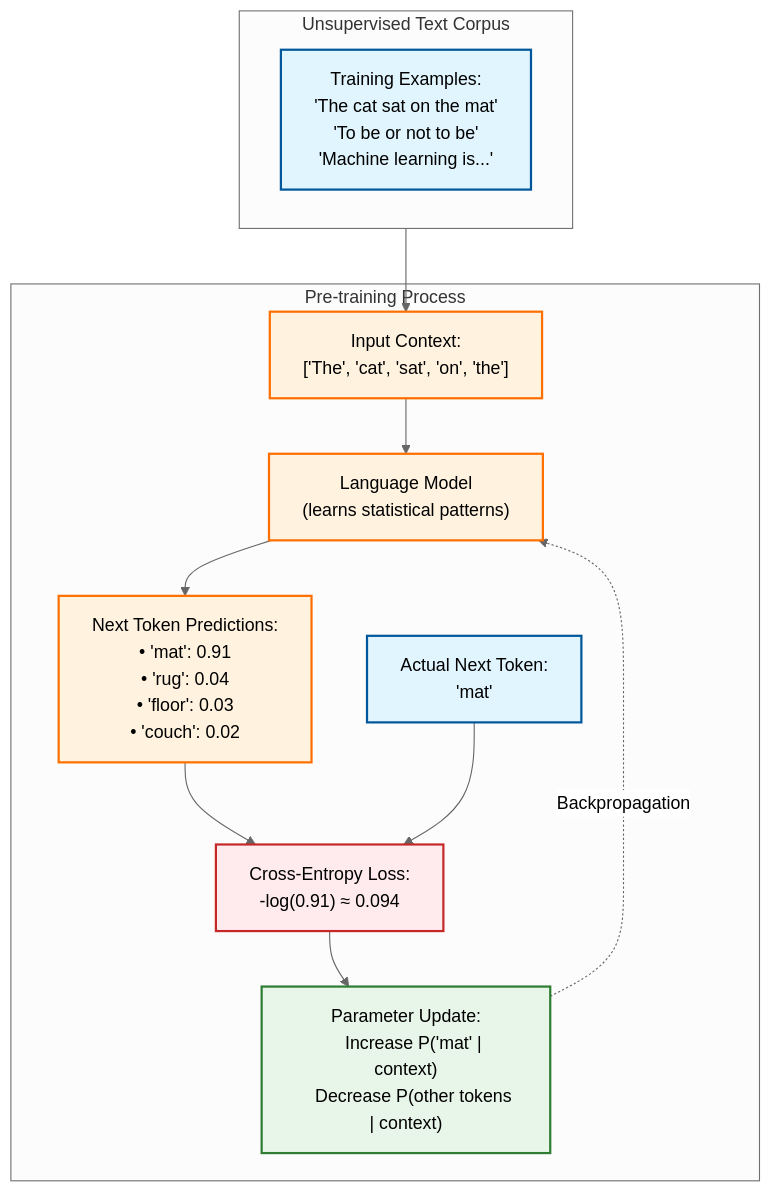
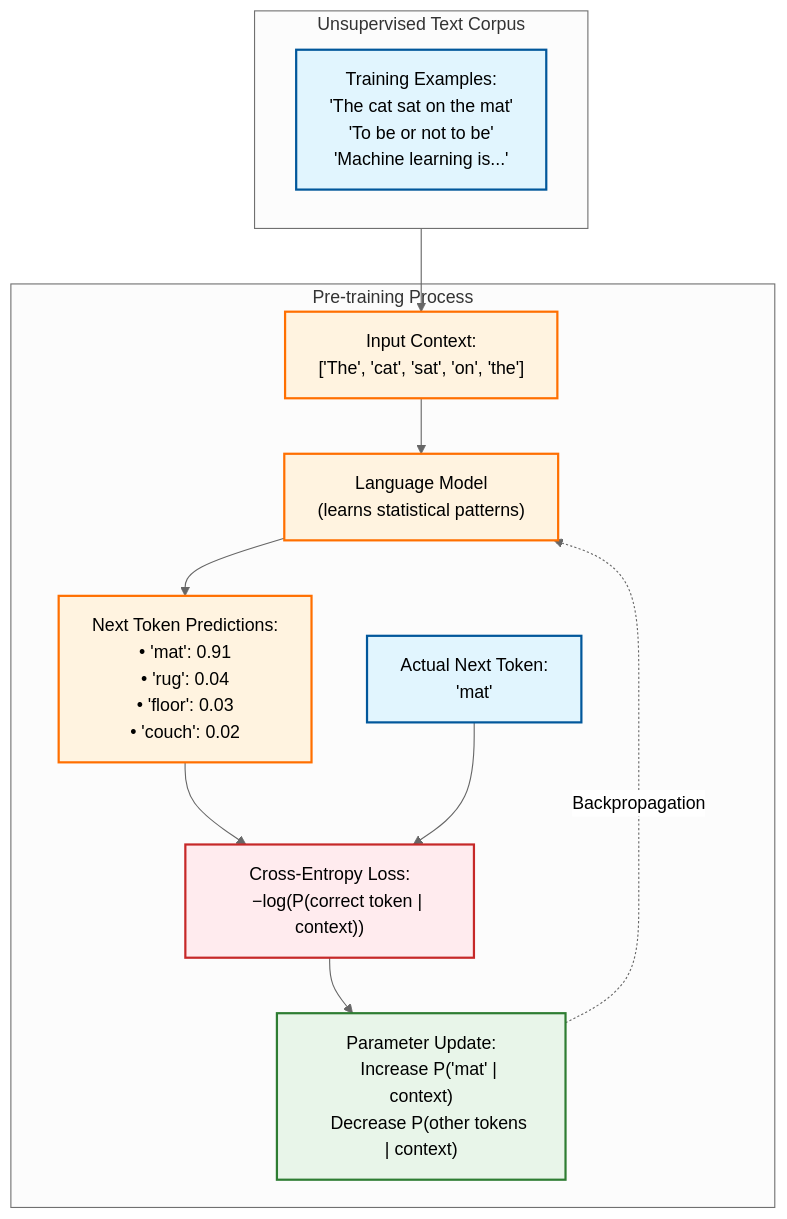
Before and after one commit to ahgraber/AIMLbling-about: the first of 4 diagrams in hugo/content/blog/reinforcement-learning/index.md, drawn with Mermaid (neutral theme).

Commit message:
fix(rl): tweak mermaid diagram

````diff
--- a/hugo/content/blog/reinforcement-learning/index.md
+++ b/hugo/content/blog/reinforcement-learning/index.md
@@ -50,48 +50,48 @@
 ```mermaid
 flowchart TD
   %% Styling definitions
   classDef corpus fill:#e1f5fe,stroke:#01579b,stroke-width:2px,color:#000
   classDef model fill:#fff3e0,stroke:#ff6f00,stroke-width:2px,color:#000
   classDef loss fill:#ffebee,stroke:#c62828,stroke-width:2px,color:#000
   classDef update fill:#e8f5e9,stroke:#2e7d32,stroke-width:2px,color:#000
 
   subgraph Corpus["Unsupervised Text Corpus"]
     TextData["Training Examples:
     'The cat sat on the mat'
     'To be or not to be'
     'Machine learning is...'"]:::corpus
   end
 
   subgraph Pretraining["Pre-training Process"]
     InputTokens["Input Context:
     ['The', 'cat', 'sat', 'on', 'the']"]:::model
 
     Model["Language Model
     (learns statistical patterns)"]:::model
 
     Predictions["Next Token Predictions:
     • 'mat': 0.91
     • 'rug': 0.04
     • 'floor': 0.03
     • 'couch': 0.02"]:::model
 
     GroundTruth["Actual Next Token:
     'mat'"]:::corpus
 
     Loss["Cross-Entropy Loss:
-    -log(0.91) ≈ 0.094"]:::loss
+    −log(P(correct token | context))"]:::loss
 
     Update["Parameter Update:
     Increase P('mat' | context)
     Decrease P(other tokens | context)"]:::update
 
     InputTokens --> Model
     Model --> Predictions
     Predictions --> Loss
     GroundTruth --> Loss
     Loss --> Update
     Update -.->|"Backpropagation"| Model
   end
 
   Corpus --> InputTokens
 ```
````
